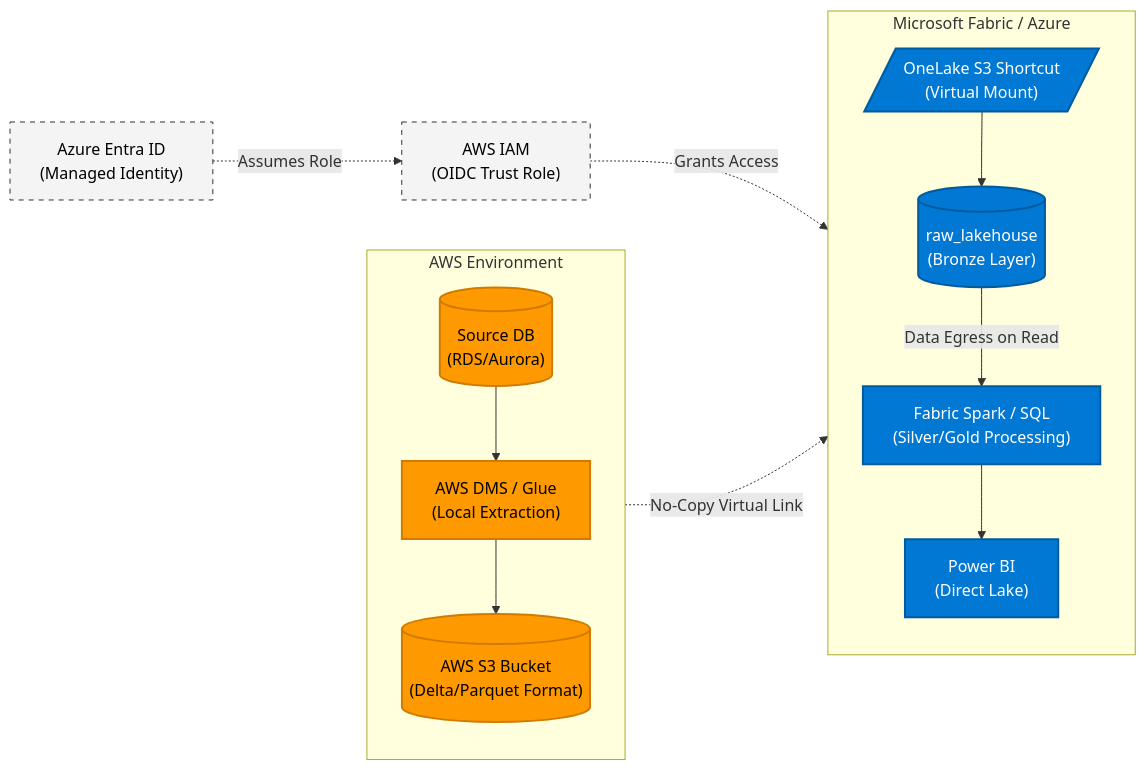
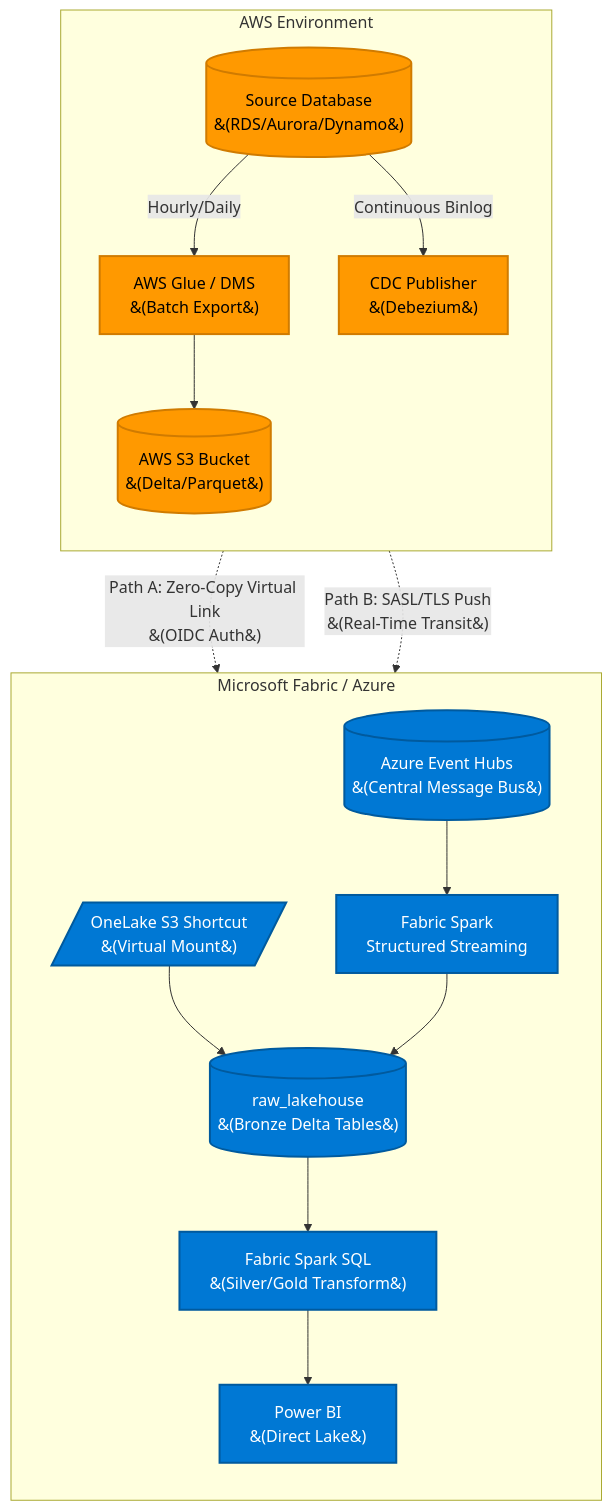
One commit to toanbui626391/data_architect changed the diagram in azure/aws_to_fabric_shortcut_architecture.md. Above: the diagram before and after it, drawn with Mermaid. The commit also changed other lines of this file, not shown here.

Commit message:
update cross platform architect

````diff
--- a/azure/aws_to_fabric_shortcut_architecture.md
+++ b/azure/aws_to_fabric_shortcut_architecture.md
@@ -11,41 +13,50 @@
 ```mermaid
-flowchart LR
+flowchart TD
     %% Styles
     classDef aws fill:#ff9900,stroke:#d07b00,stroke-width:2px,color:#000;
     classDef azure fill:#0078d4,stroke:#005a9e,stroke-width:2px,color:#fff;
     classDef transit fill:#f4f4f4,stroke:#333,stroke-width:1px,color:#000,stroke-dasharray: 5 5;
 
     subgraph AWS [AWS Environment]
         direction TB
-        RDS[("Source DB<br>(RDS/Aurora)")]
-        DMS["AWS DMS / Glue<br>(Local Extraction)"]
-        S3[("AWS S3 Bucket<br>(Delta/Parquet Format)")]
+        SourceDB[("Source Database<br>&#40;RDS/Aurora/Dynamo&#41;")]
+        
+        %% Path A Extraction
+        Glue["AWS Glue / DMS<br>&#40;Batch Export&#41;"]
+        S3[("AWS S3 Bucket<br>&#40;Delta/Parquet&#41;")]
+        
+        %% Path B Extraction
+        CDC["CDC Publisher<br>&#40;Debezium&#41;"]
 
-        RDS --> DMS --> S3
+        SourceDB -->|Hourly/Daily| Glue --> S3
+        SourceDB -->|Continuous Binlog| CDC
     end
 
     subgraph Fabric [Microsoft Fabric / Azure]
         direction TB
-        Shortcut[/"OneLake S3 Shortcut<br>(Virtual Mount)"/]
-        Bronze[("raw_lakehouse<br>(Bronze Layer)")]
-        Spark["Fabric Spark / SQL<br>(Silver/Gold Processing)"]
-        PowerBI["Power BI<br>(Direct Lake)"]
+        
+        %% Path A Integration
+        Shortcut[/"OneLake S3 Shortcut<br>&#40;Virtual Mount&#41;"/]
+        
+        %% Path B Integration
+        EventHubs[("Azure Event Hubs<br>&#40;Central Message Bus&#41;")]
+        SparkStream["Fabric Spark<br>Structured Streaming"]
 
+        %% Bronze
+        Bronze[("raw_lakehouse<br>&#40;Bronze Delta Tables&#41;")]
+        SparkBatch["Fabric Spark SQL<br>&#40;Silver/Gold Transform&#41;"]
+        PowerBI["Power BI<br>&#40;Direct Lake&#41;"]
+        
+        %% Connections
         Shortcut --> Bronze
-        Bronze -- "Data Egress on Read" --> Spark
-        Spark --> PowerBI
+        EventHubs --> SparkStream --> Bronze
+        Bronze --> SparkBatch --> PowerBI
     end
 
-    %% Security Control Plane
-    EntraID["Azure Entra ID<br>(Managed Identity)"]
-    IAM["AWS IAM<br>(OIDC Trust Role)"]
-    EntraID -.->|Assumes Role| IAM
-    IAM -.->|Grants Access| Shortcut
+    %% Cross-Cloud Transit
+    S3 -.->|Path A: Zero-Copy Virtual Link<br>&#40;OIDC Auth&#41;| Shortcut
+    CDC -.->|Path B: SASL/TLS Push<br>&#40;Real-Time Transit&#41;| EventHubs
 
-    %% Connection
-    S3 -.->|No-Copy Virtual Link| Shortcut
-    
-    class RDS,DMS,S3 aws;
-    class Shortcut,Bronze,Spark,PowerBI azure;
-    class EntraID,IAM transit;
+    class SourceDB,Glue,S3,CDC aws;
+    class Shortcut,EventHubs,SparkStream,Bronze,SparkBatch,PowerBI azure;
 ```
````
